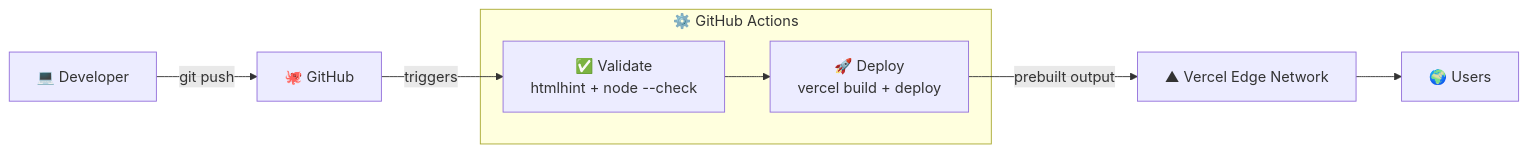
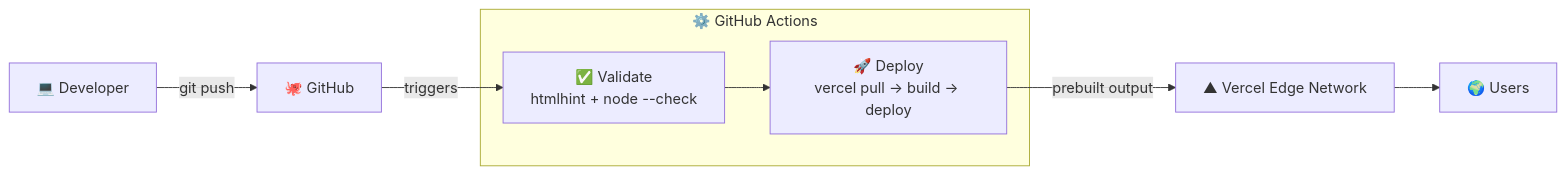
The diagram in README.md (DULARAHESHAN/dino-run), drawn with Mermaid before and after one commit. The commit also changed other lines of this file and 1 other file, not shown here.

````diff
--- a/README.md
+++ b/README.md
@@ -62,10 +94,10 @@
 ```mermaid
 flowchart LR
     Dev[💻 Developer] -->|git push| GH[🐙 GitHub]
     GH -->|triggers| V
     subgraph GA [⚙️ GitHub Actions]
-        V[✅ Validate<br/>htmlhint + node --check] --> D[🚀 Deploy<br/>vercel build + deploy]
+        V[✅ Validate<br/>htmlhint + node --check] --> D[🚀 Deploy<br/>vercel pull → build → deploy]
     end
     D -->|prebuilt output| VC[▲ Vercel Edge Network]
     VC --> U[🌍 Users]
 ```
````
